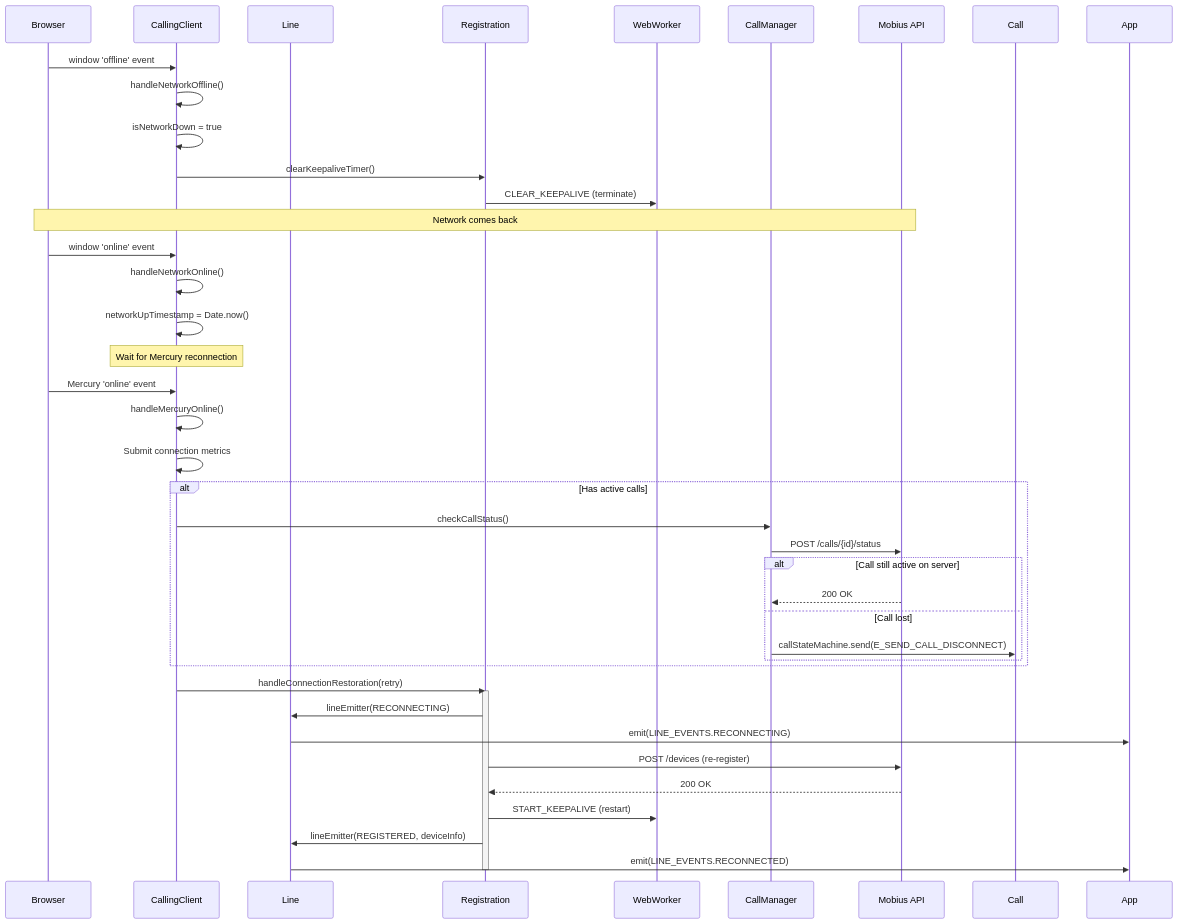
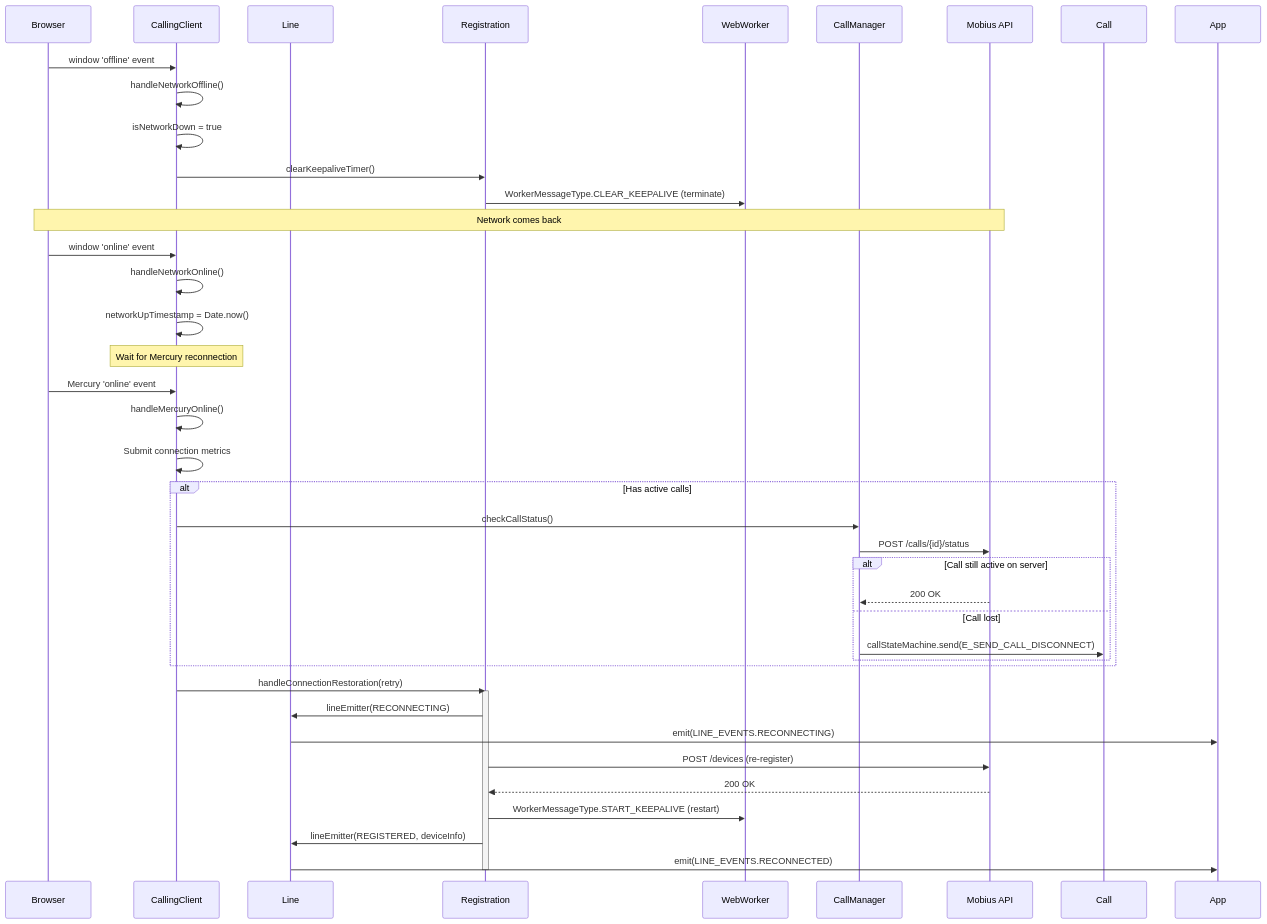
The sixth of 7 diagrams in packages/calling/src/CallingClient/ai-docs/ARCHITECTURE.md (webex/webex-js-sdk), drawn with Mermaid before and after one commit. The commit also changed other lines of this file and 5 other files, not shown here.

````diff
--- a/packages/calling/src/CallingClient/ai-docs/ARCHITECTURE.md
+++ b/packages/calling/src/CallingClient/ai-docs/ARCHITECTURE.md
@@ -288,49 +298,49 @@
 ```mermaid
 sequenceDiagram
     participant Browser as Browser
     participant CC as CallingClient
     participant Line as Line
     participant Reg as Registration
     participant Worker as WebWorker
     participant CM as CallManager
     participant Mobius as Mobius API
 
     Browser->>CC: window 'offline' event
     CC->>CC: handleNetworkOffline()
     CC->>CC: isNetworkDown = true
     CC->>Reg: clearKeepaliveTimer()
-    Reg->>Worker: CLEAR_KEEPALIVE (terminate)
+    Reg->>Worker: WorkerMessageType.CLEAR_KEEPALIVE (terminate)
 
     Note over Browser,Mobius: Network comes back
 
     Browser->>CC: window 'online' event
     CC->>CC: handleNetworkOnline()
     CC->>CC: networkUpTimestamp = Date.now()
 
     Note over CC: Wait for Mercury reconnection
 
     Browser->>CC: Mercury 'online' event
     CC->>CC: handleMercuryOnline()
     CC->>CC: Submit connection metrics
 
     alt Has active calls
         CC->>CM: checkCallStatus()
         CM->>Mobius: POST /calls/{id}/status
         alt Call still active on server
             Mobius-->>CM: 200 OK
         else Call lost
             CM->>Call: callStateMachine.send(E_SEND_CALL_DISCONNECT)
         end
     end
 
     CC->>Reg: handleConnectionRestoration(retry)
     activate Reg
     Reg->>Line: lineEmitter(RECONNECTING)
     Line->>App: emit(LINE_EVENTS.RECONNECTING)
     Reg->>Mobius: POST /devices (re-register)
     Mobius-->>Reg: 200 OK
-    Reg->>Worker: START_KEEPALIVE (restart)
+    Reg->>Worker: WorkerMessageType.START_KEEPALIVE (restart)
     Reg->>Line: lineEmitter(REGISTERED, deviceInfo)
     Line->>App: emit(LINE_EVENTS.RECONNECTED)
     deactivate Reg
 ```
````
